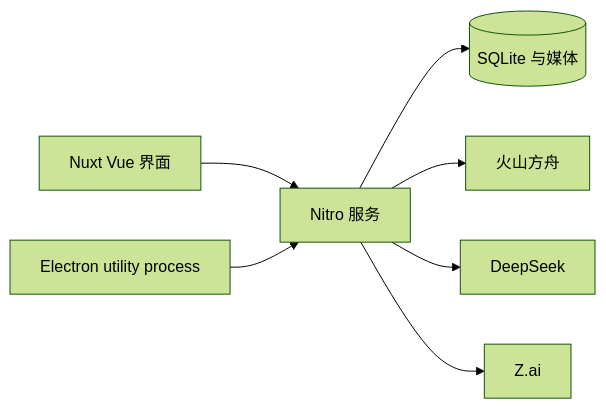
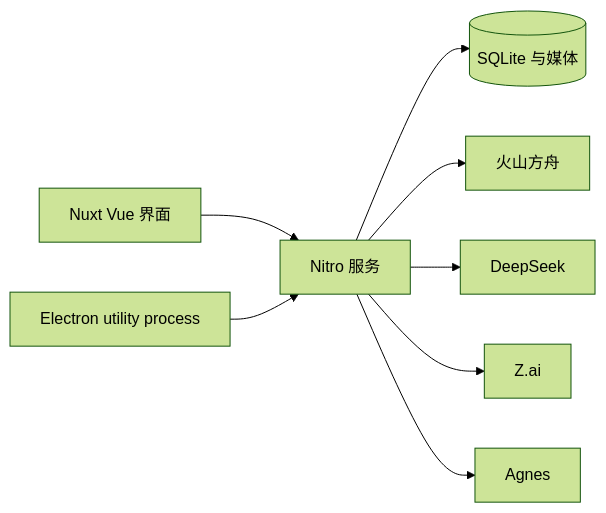
Before and after one commit to susirial/Miao-AI: the diagram in README.zh-CN.md, drawn with Mermaid (forest theme). The commit also changed other lines of this file and 110 other files, not shown here.

````diff
--- a/README.zh-CN.md
+++ b/README.zh-CN.md
@@ -171,17 +189,19 @@
 ```mermaid
 flowchart LR
   ui[Nuxt Vue 界面]
   nitro[Nitro 服务]
   sqlite[(SQLite 与媒体)]
   electron[Electron utility process]
   ark[火山方舟]
   ds[DeepSeek]
   zai[Z.ai]
+  agnes[Agnes]
 
   ui --> nitro
   electron --> nitro
   nitro --> sqlite
   nitro --> ark
   nitro --> ds
   nitro --> zai
+  nitro --> agnes
 ```
````
